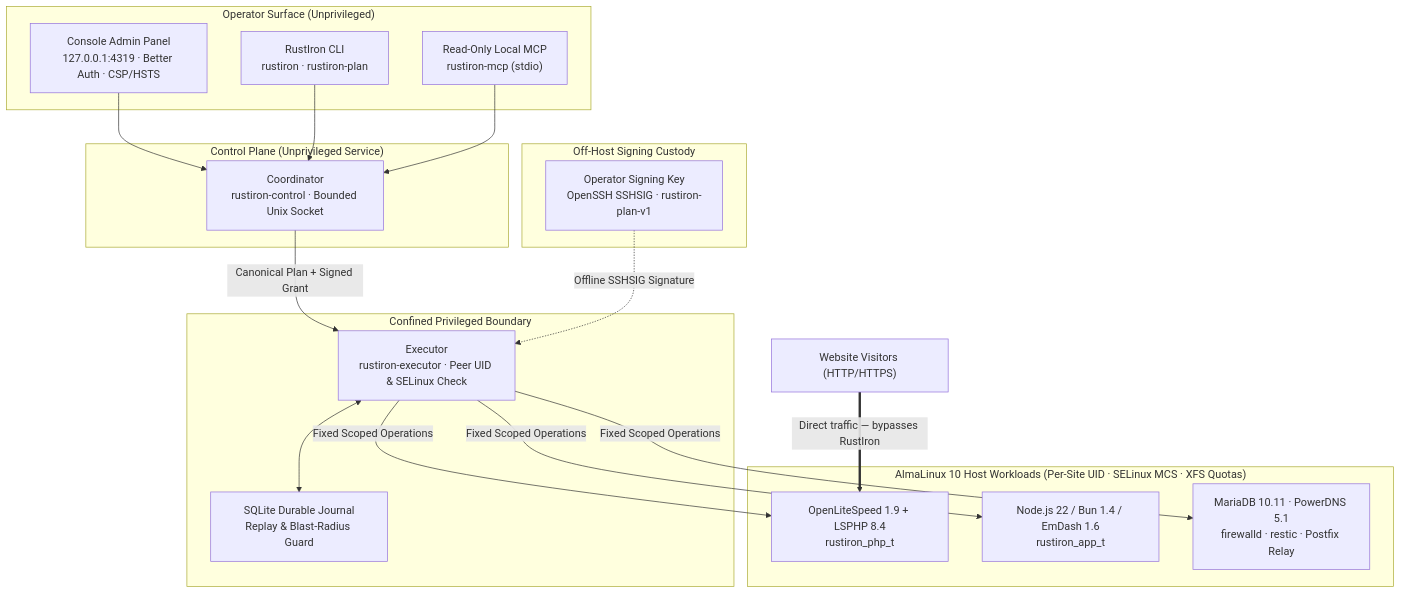
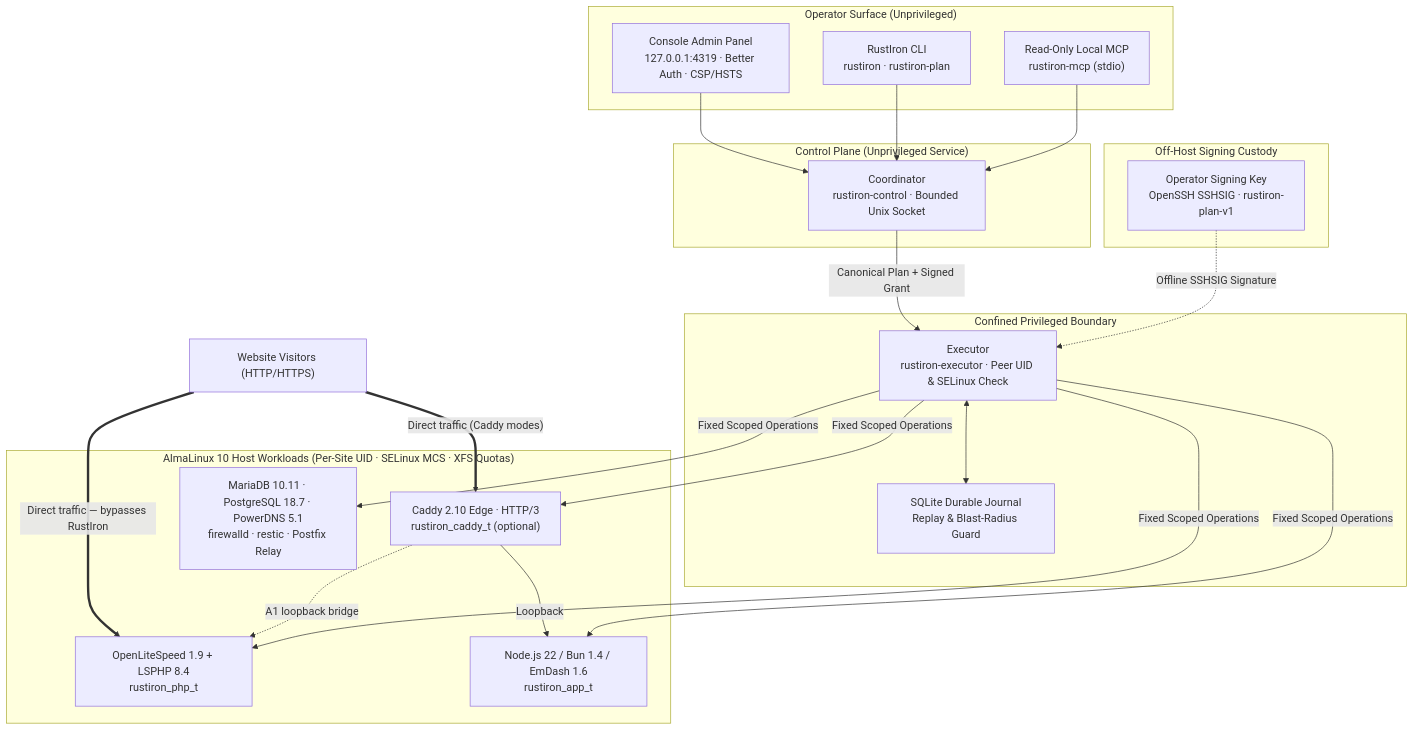
One commit to PerkyZZ999/RustIron changed the diagram in README.md. Above: the diagram before and after it, drawn with Mermaid. The commit also changed other lines of this file and 127 other files, not shown here.

First line of the commit message:
RustIron v0.1.1: full-stack apps, confined Caddy HTTP/3, PostgreSQL 18.7

````diff
--- a/README.md
+++ b/README.md
@@ -80,38 +95,43 @@
 ```mermaid
 flowchart TB
     subgraph Operator["Operator Surface (Unprivileged)"]
         UI["Console Admin Panel<br/>127.0.0.1:4319 · Better Auth · CSP/HSTS"]
         CLI["RustIron CLI<br/>rustiron · rustiron-plan"]
         MCP["Read-Only Local MCP<br/>rustiron-mcp (stdio)"]
     end
 
     subgraph Control["Control Plane (Unprivileged Service)"]
         COORD["Coordinator<br/>rustiron-control · Bounded Unix Socket"]
     end
 
     subgraph Custody["Off-Host Signing Custody"]
         SIGNER["Operator Signing Key<br/>OpenSSH SSHSIG · rustiron-plan-v1"]
     end
 
     subgraph Privileged["Confined Privileged Boundary"]
         EXEC["Executor<br/>rustiron-executor · Peer UID &amp; SELinux Check"]
         JRN["SQLite Durable Journal<br/>Replay &amp; Blast-Radius Guard"]
     end
 
     subgraph Host["AlmaLinux 10 Host Workloads (Per-Site UID · SELinux MCS · XFS Quotas)"]
         OLS["OpenLiteSpeed 1.9 + LSPHP 8.4<br/>rustiron_php_t"]
+        CADDY["Caddy 2.10 Edge · HTTP/3<br/>rustiron_caddy_t (optional)"]
         APPS["Node.js 22 / Bun 1.4 / EmDash 1.6<br/>rustiron_app_t"]
-        DATA["MariaDB 10.11 · PowerDNS 5.1<br/>firewalld · restic · Postfix Relay"]
+        DATA["MariaDB 10.11 · PostgreSQL 18.7 · PowerDNS 5.1<br/>firewalld · restic · Postfix Relay"]
     end
 
     VISITOR["Website Visitors (HTTP/HTTPS)"] ==>|"Direct traffic — bypasses RustIron"| OLS
+    VISITOR ==>|"Direct traffic (Caddy modes)"| CADDY
+    CADDY -->|"Loopback"| APPS
+    CADDY -.->|"A1 loopback bridge"| OLS
     UI --> COORD
     CLI --> COORD
     MCP --> COORD
     COORD -->|"Canonical Plan + Signed Grant"| EXEC
     SIGNER -.->|"Offline SSHSIG Signature"| EXEC
     EXEC <--> JRN
     EXEC -->|"Fixed Scoped Operations"| OLS
     EXEC -->|"Fixed Scoped Operations"| APPS
+    EXEC -->|"Fixed Scoped Operations"| CADDY
     EXEC -->|"Fixed Scoped Operations"| DATA
 ```
````
